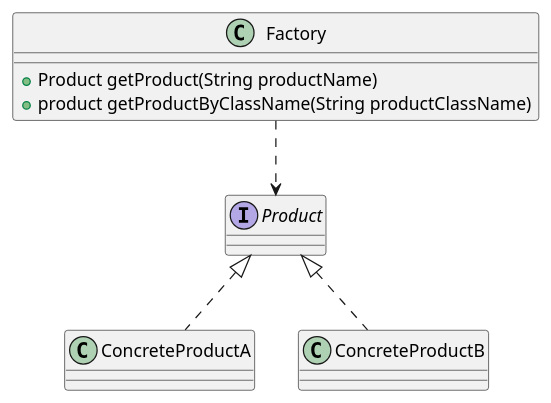
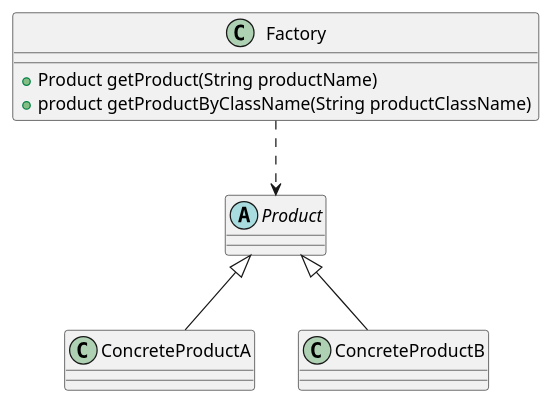
One commit to mrathena/design.pattern changed the diagram in src/main/java/com/mrathena/design/pattern/build/simple/factory/pattern/simple.factory.pattern.puml. Above: the diagram before and after it, drawn with PlantUML. The commit also changed 49 other files, not shown here.

```diff
--- a/src/main/java/com/mrathena/design/pattern/build/simple/factory/pattern/simple.factory.pattern.puml
+++ b/src/main/java/com/mrathena/design/pattern/build/simple/factory/pattern/simple.factory.pattern.puml
@@ -1,12 +1,12 @@
 @startuml
 
-interface Product
-class ConcreteProductA implements Product
-class ConcreteProductB implements Product
+abstract class Product
+class ConcreteProductA extends Product
+class ConcreteProductB extends Product
 class Factory {
     + Product getProduct(String productName)
     + product getProductByClassName(String productClassName)
 }
 Factory ..> Product
 
 @enduml
```
